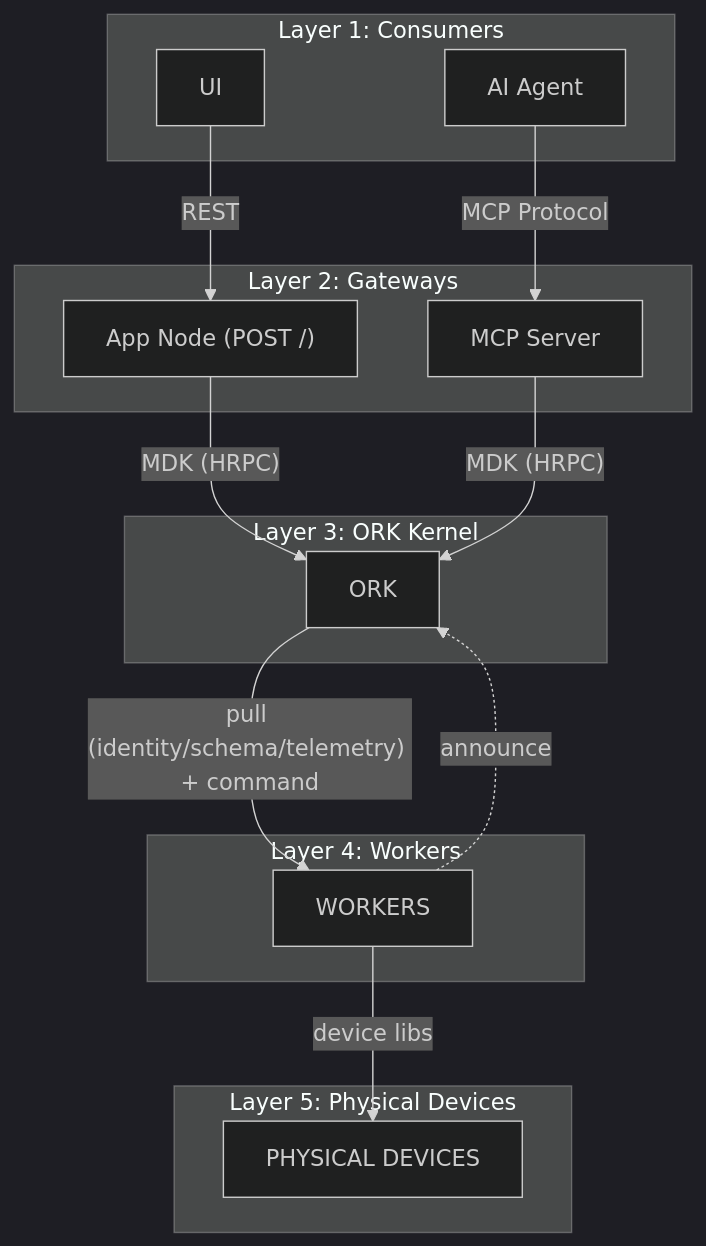
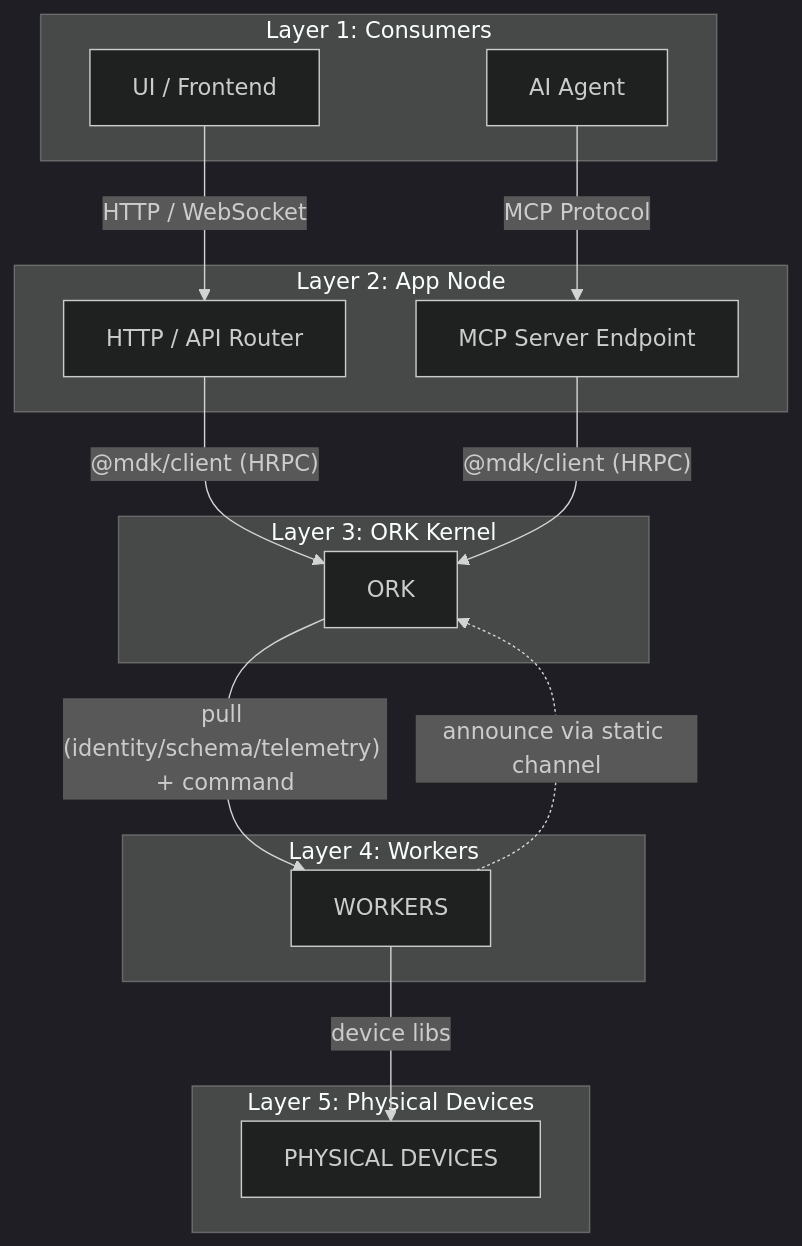
One commit to Gio-Galt/mdk-be changed the first of 13 diagrams in docs/hld.md. Above: the diagram before and after it, drawn with Mermaid (dark theme). The commit also changed other lines of this file and 1 other file, not shown here.

Commit message:
Merging mdk toolkit

````diff
--- a/docs/hld.md
+++ b/docs/hld.md
@@ -29,32 +36,32 @@
 ```mermaid
 graph TB
     subgraph L1["Layer 1: Consumers"]
-        UI["UI"]
+        UI["UI / Frontend"]
         AI["AI Agent"]
     end
 
-    subgraph L2["Layer 2: Gateways"]
-        Route1["App Node (POST /)"]
-        MCPServer["MCP Server"]
+    subgraph L2["Layer 2: App Node"]
+        WebApp["HTTP / API Router"]
+        MCPServer["MCP Server Endpoint"]
     end
 
     subgraph L3["Layer 3: ORK Kernel"]
         ORK["ORK"]
     end
 
     subgraph L4["Layer 4: Workers"]
         Workers["WORKERS"]
     end
 
     subgraph L5["Layer 5: Physical Devices"]
         Devices["PHYSICAL DEVICES"]
     end
 
-    UI -->|"REST"| Route1
+    UI -->|"HTTP / WebSocket"| WebApp
     AI -->|"MCP Protocol"| MCPServer
-    Route1 -->|"MDK (HRPC)"| ORK
-    MCPServer -->|"MDK (HRPC)"| ORK
-    Workers -.->|"announce"| ORK
+    WebApp -->|"@mdk/client (HRPC)"| ORK
+    MCPServer -->|"@mdk/client (HRPC)"| ORK
+    Workers -.->|"announce via static channel"| ORK
     ORK -->|"pull (identity/schema/telemetry) + command"| Workers
     Workers -->|"device libs"| Devices
 ```
````
